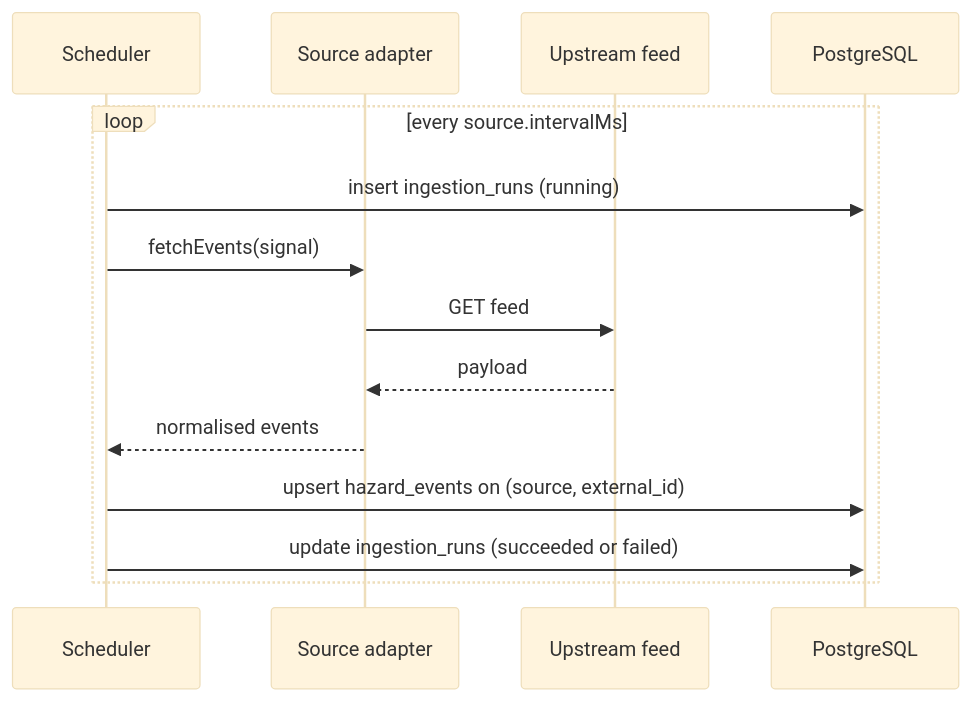
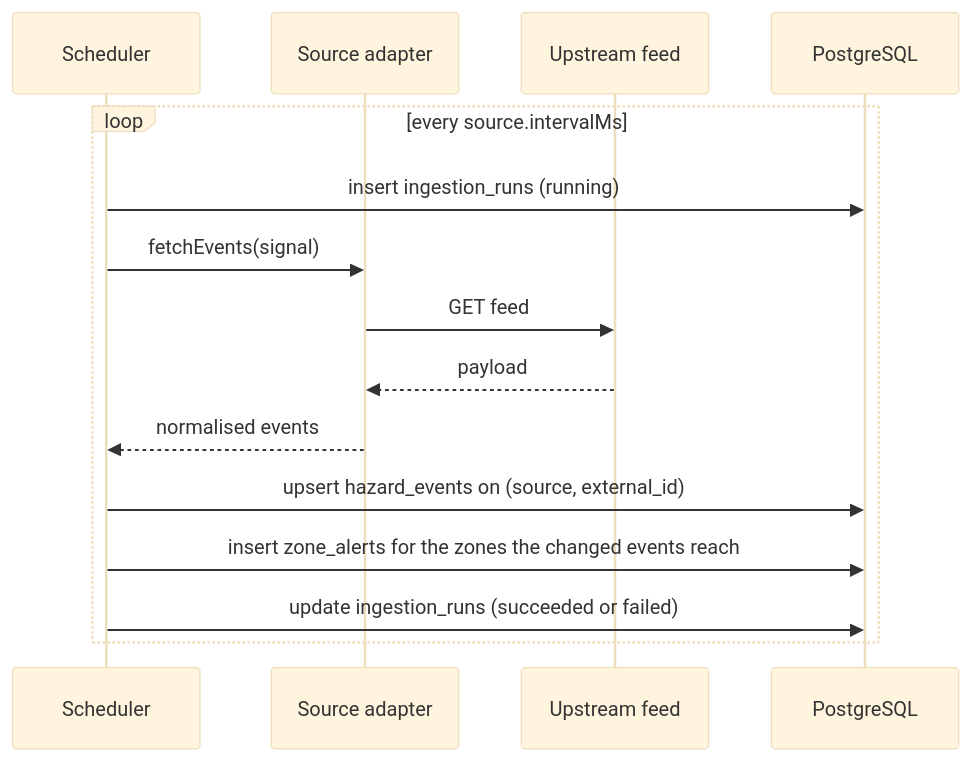
Before and after one commit to HIRATRA/hazardwatch: the second of 2 diagrams in docs/architecture.md, drawn with Mermaid (base theme). The commit also changed other lines of this file and 3 other files, not shown here.

First line of the commit message:
docs: document zone alerts

````diff
--- a/docs/architecture.md
+++ b/docs/architecture.md
@@ -212,17 +238,18 @@
 ```mermaid
 sequenceDiagram
     participant S as Scheduler
     participant A as Source adapter
     participant F as Upstream feed
     participant D as PostgreSQL
 
     loop every source.intervalMs
         S->>D: insert ingestion_runs (running)
         S->>A: fetchEvents(signal)
         A->>F: GET feed
         F-->>A: payload
         A-->>S: normalised events
         S->>D: upsert hazard_events on (source, external_id)
+        S->>D: insert zone_alerts for the zones the changed events reach
         S->>D: update ingestion_runs (succeeded or failed)
     end
 ```
````
